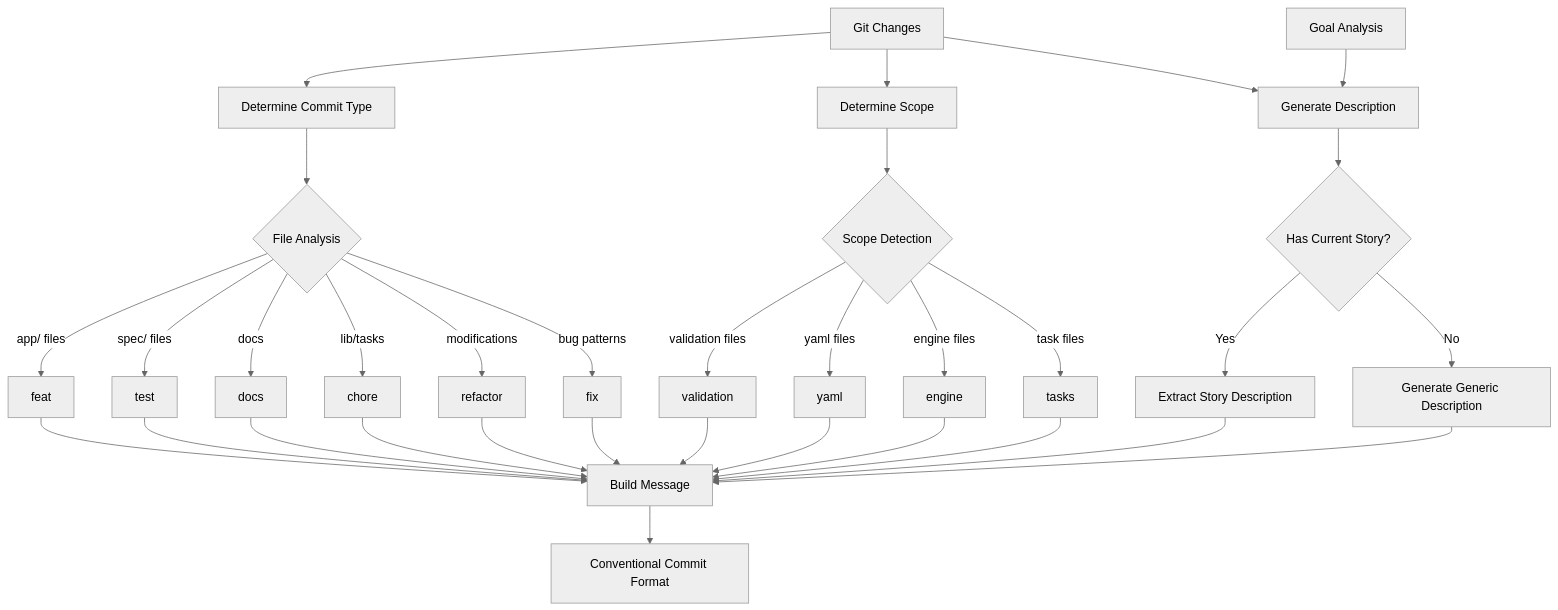
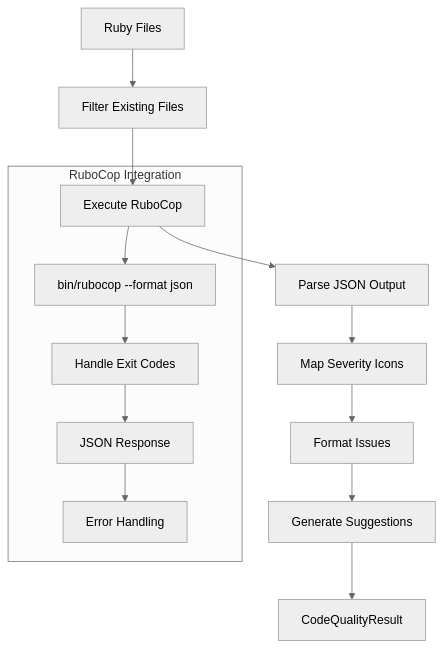
Before and after one commit to abradner/transformer: the fifth of 10 diagrams in docs/commit-validation-system.md, drawn with Mermaid (neutral theme). The commit also changed other lines of this file and 11 other files, not shown here.

First line of the commit message:
E1S6: feat(validation) integrate RuboCop with commit validation system (#3)

````diff
--- a/docs/commit-validation-system.md
+++ b/docs/commit-validation-system.md
@@ -204,40 +193,17 @@
 ```mermaid
 graph TB
-    A[Git Changes] --> B[Determine Commit Type]
-    A --> C[Determine Scope]
-    A --> D[Generate Description]
-    E[Goal Analysis] --> D
+    A[Ruby Files] --> B[Filter Existing Files]
+    B --> C[Execute RuboCop]
+    C --> D[Parse JSON Output]
+    D --> E[Map Severity Icons]
+    E --> F[Format Issues]
+    F --> G[Generate Suggestions]
+    G --> H[CodeQualityResult]
     
-    B --> F{File Analysis}
-    F -->|app/ files| G[feat]
-    F -->|spec/ files| H[test]
-    F -->|docs| I[docs]
-    F -->|lib/tasks| J[chore]
-    F -->|modifications| K[refactor]
-    F -->|bug patterns| L[fix]
-    
-    C --> M{Scope Detection}
-    M -->|validation files| N[validation]
-    M -->|yaml files| O[yaml]
-    M -->|engine files| P[engine]
-    M -->|task files| Q[tasks]
-    
-    D --> R{Has Current Story?}
-    R -->|Yes| S[Extract Story Description]
-    R -->|No| T[Generate Generic Description]
-    
-    G --> U[Build Message]
-    H --> U
-    I --> U
-    J --> U
-    K --> U
-    L --> U
-    N --> U
-    O --> U
-    P --> U
-    Q --> U
-    S --> U
-    T --> U
-    
-    U --> V[Conventional Commit Format]
+    subgraph "RuboCop Integration"
+        C --> I[bin/rubocop --format json]
+        I --> J[Handle Exit Codes]
+        J --> K[JSON Response]
+        K --> L[Error Handling]
+    end
 ```
````
